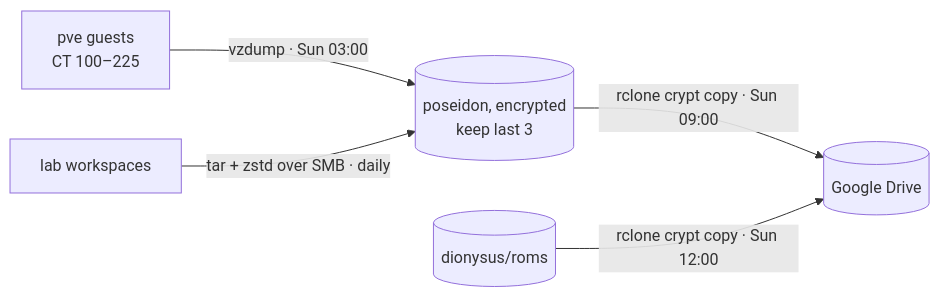
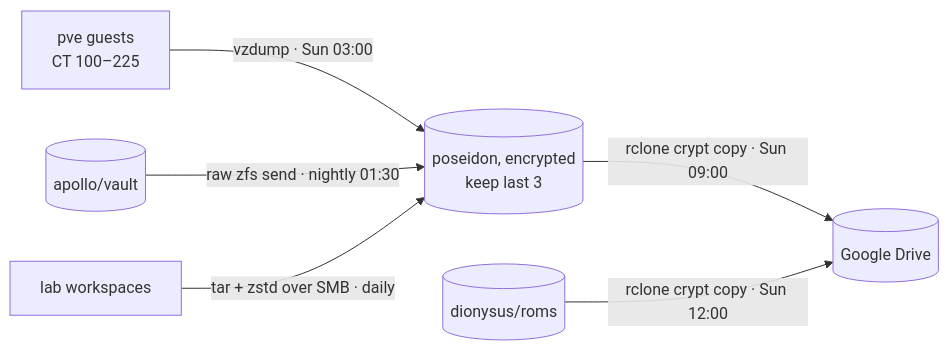
Before and after one commit to mateuspim/homelab: the diagram in docs/backups.md, drawn with Mermaid. The commit also changed other lines of this file and 8 other files, not shown here.

First line of the commit message:
Add CT 102 ovis, the nightly vault replica, and the denser Homarr board

````diff
--- a/docs/backups.md
+++ b/docs/backups.md
@@ -5,7 +5,8 @@
 ```mermaid
 flowchart LR
     G[pve guests<br/>CT 100–225] -- "vzdump · Sun 03:00" --> P[(poseidon, encrypted<br/>keep last 3)]
+    V[(apollo/vault)] -- "raw zfs send · nightly 01:30" --> P
     L[lab workspaces] -- "tar + zstd over SMB · daily" --> P
     P -- "rclone crypt copy · Sun 09:00" --> D[(Google Drive)]
     R[(dionysus/roms)] -- "rclone crypt copy · Sun 12:00" --> D
 ```
````
